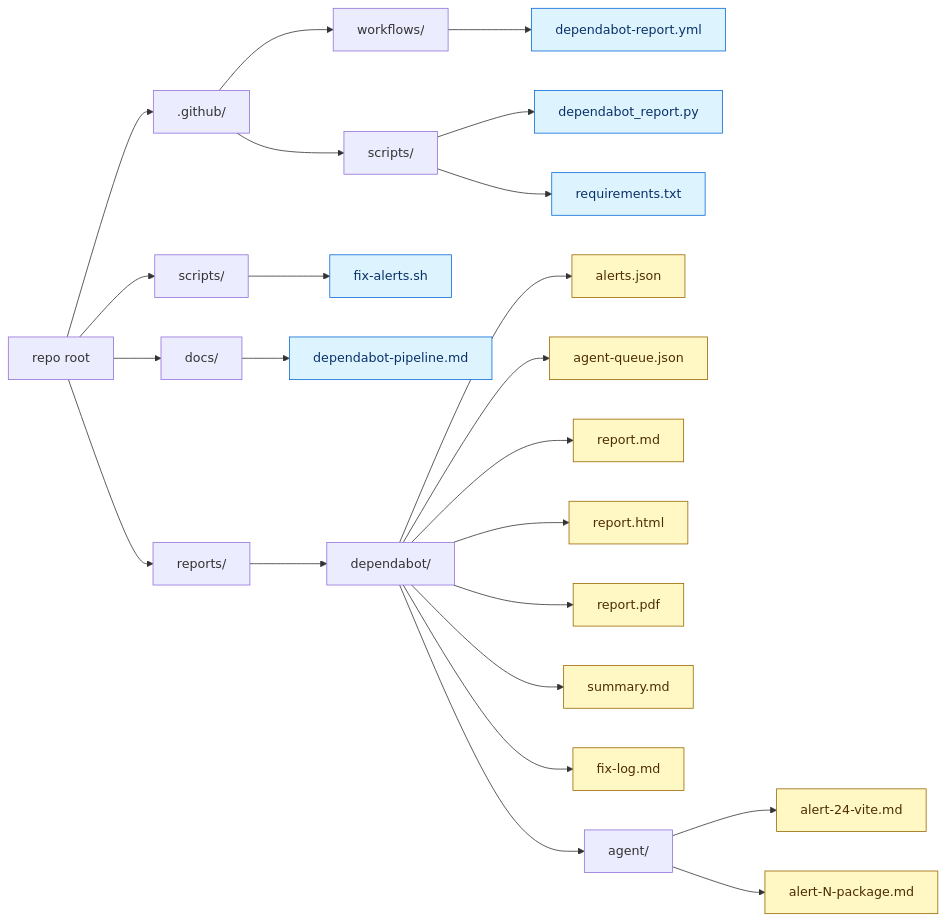
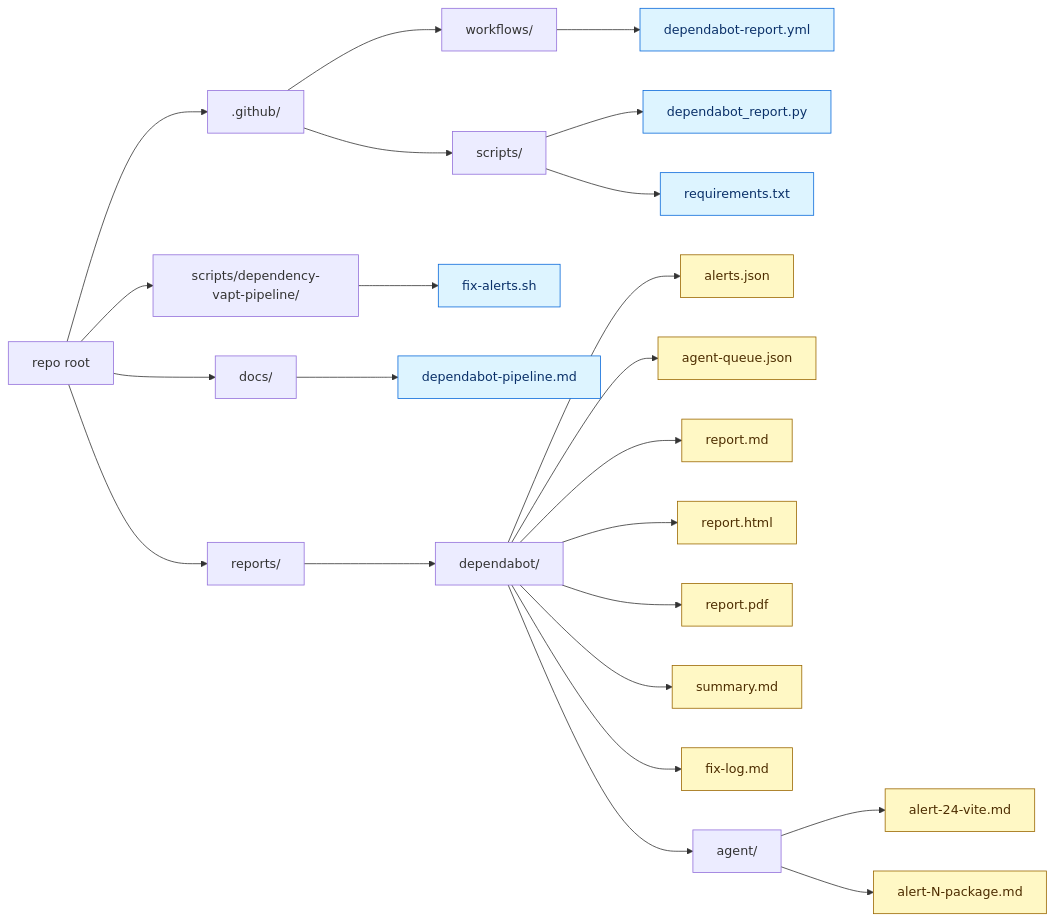
One commit to Mohitur669/speakit changed the second of 4 diagrams in docs/dependabot-pipeline-architechture.md. Above: the diagram before and after it, drawn with Mermaid. The commit also changed other lines of this file and 2 other files, not shown here.

````diff
--- a/docs/dependabot-pipeline-architechture.md
+++ b/docs/dependabot-pipeline-architechture.md
@@ -97,32 +97,32 @@
 ```mermaid
 flowchart LR
     ROOT["repo root"] --> DGH[".github/"]
-    ROOT --> DSC["scripts/"]
+    ROOT --> DSC["scripts/dependency-vapt-pipeline/"]
     ROOT --> DRP["reports/"]
     ROOT --> DDOC["docs/"]
 
     DGH --> DWF["workflows/"]
     DGH --> DSS["scripts/"]
     DWF --> F1["dependabot-report.yml"]
     DSS --> F2["dependabot_report.py"]
     DSS --> F3["requirements.txt"]
     DSC --> F4["fix-alerts.sh"]
     DDOC --> F5["dependabot-pipeline.md"]
 
     DRP --> DDB["dependabot/"]
     DDB --> G1["alerts.json"]
     DDB --> G2["agent-queue.json"]
     DDB --> G3["report.md"]
     DDB --> G4["report.html"]
     DDB --> G5["report.pdf"]
     DDB --> G6["summary.md"]
     DDB --> G7["fix-log.md"]
     DDB --> DAG["agent/"]
     DAG --> G8["alert-24-vite.md"]
     DAG --> G9["alert-N-package.md"]
 
     classDef committed fill:#ddf4ff,stroke:#0969da,color:#0a3069
     classDef generated fill:#fff8c5,stroke:#9a6700,color:#4d2d00
     class F1,F2,F3,F4,F5 committed
     class G1,G2,G3,G4,G5,G6,G7,G8,G9 generated
 ```
````
